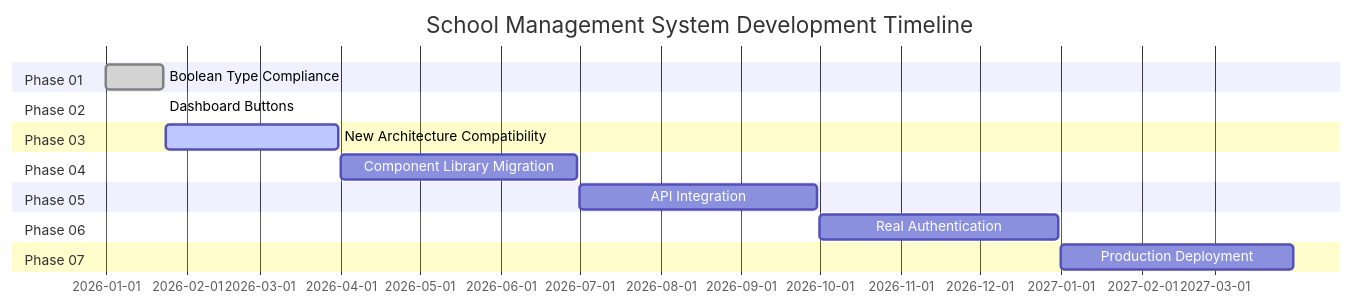
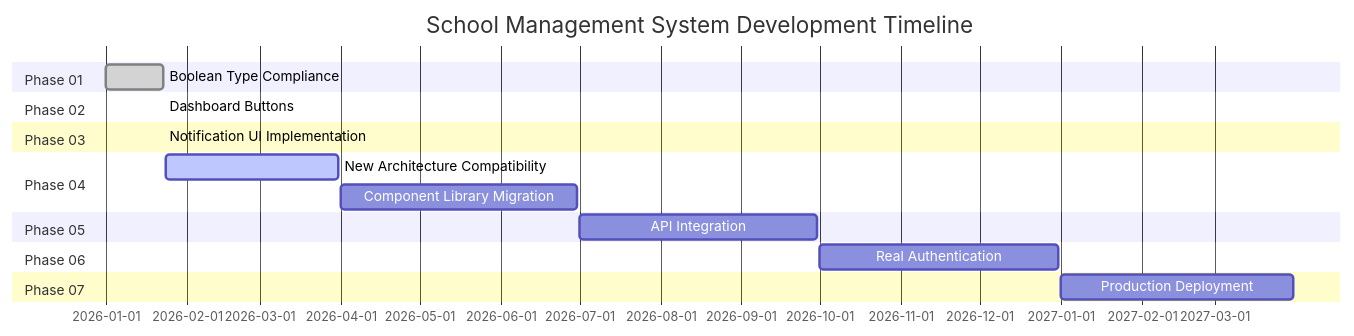
The diagram in docs/project-roadmap.md (BoneTheDeveloper/Electronic-Contact-Contact-Book), drawn with Mermaid before and after one commit. The commit also changed other lines of this file and 14 other files, not shown here.

````diff
--- a/docs/project-roadmap.md
+++ b/docs/project-roadmap.md
@@ -423,19 +452,20 @@
 ```mermaid
 gantt
     title School Management System Development Timeline
     dateFormat  YYYY-MM-DD
     section Phase 01
     Boolean Type Compliance     :done,    des1, 2026-01-01, 2026-01-23
     section Phase 02
     Dashboard Buttons           :done,    des2, 2026-01-23, 2026-01-23
     section Phase 03
-    New Architecture Compatibility :active, des3, 2026-01-24, 2026-03-31
+    Notification UI Implementation  :done,    des3, 2026-01-23, 2026-01-23
     section Phase 04
-    Component Library Migration  :         des4, 2026-04-01, 2026-06-30
+    New Architecture Compatibility :active, des4, 2026-01-24, 2026-03-31
+    Component Library Migration  :         des5, 2026-04-01, 2026-06-30
     section Phase 05
-    API Integration             :         des5, 2026-07-01, 2026-09-30
+    API Integration             :         des6, 2026-07-01, 2026-09-30
     section Phase 06
-    Real Authentication        :         des6, 2026-10-01, 2026-12-31
+    Real Authentication        :         des7, 2026-10-01, 2026-12-31
     section Phase 07
-    Production Deployment       :         des7, 2027-01-01, 2027-03-31
+    Production Deployment       :         des8, 2027-01-01, 2027-03-31
 ```
````
